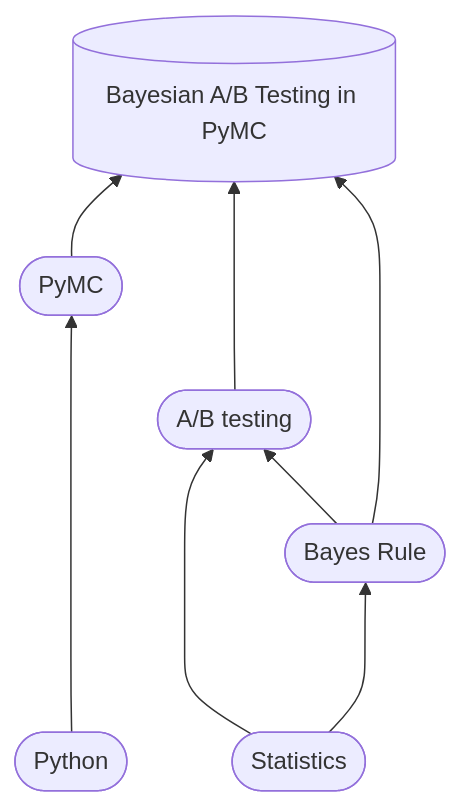
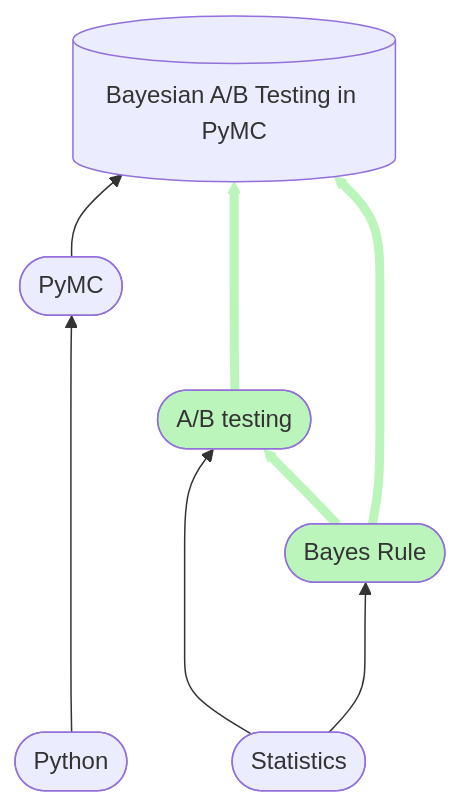
Before and after one commit to epfl-exts/WEF-workshop-2023: the first of 2 diagrams in Day1-04/slide.qmd, drawn with Mermaid. The commit also changed other lines of this file and 4 other files, not shown here.

````diff
--- a/Day1-04/slide.qmd
+++ b/Day1-04/slide.qmd
@@ -43,10 +43,22 @@
 ```{mermaid}
+
 flowchart BT
-  A([Python]) -----> E([PyMC])
-  B([Statistics]) ---> D([A/B testing]) 
-  B([Statistics]) ---> C([Bayes Rule]) 
-  C([Bayes Rule]) --> D([A/B testing])  
-  C([Bayes Rule]) ---> F[(Bayesian A/B Testing in PyMC)]
-  E([PyMC]) --> F[(Bayesian A/B Testing in PyMC)]
-  D([A/B testing])  ---> F[(Bayesian A/B Testing in PyMC)]
+    A([Python]) -----> E([PyMC])
+    B([Statistics])--->D([A/B testing]) 
+    B([Statistics]) ---> C([Bayes Rule]) 
+    C([Bayes Rule]) --> D([A/B testing])  
+    C([Bayes Rule]) ---> F[(Bayesian A/B Testing in PyMC)]
+    E([PyMC]) --> F[(Bayesian A/B Testing in PyMC)]
+    D([A/B testing])  ---> F[(Bayesian A/B Testing in PyMC)]
+    click A "https://github.com/epfl-exts/WEF-workshop-2023/tree/main/Day1-01"
+    click B "https://github.com/epfl-exts/WEF-workshop-2023/tree/main/Day1-02"
+    click C "https://github.com/epfl-exts/WEF-workshop-2023/tree/main/Day1-03"
+    click D "https://github.com/epfl-exts/WEF-workshop-2023/tree/main/Day1-04"
+    click E "https://github.com/epfl-exts/WEF-workshop-2023/tree/main/Day2-01"
+    click F "https://github.com/epfl-exts/WEF-workshop-2023/tree/main/Day2-01"
+    linkStyle 3,4,6 stroke:#bcf5bc,stroke-width:6px
+%%    style A fill:#bcf5bc
+%%    style B fill:#bcf5bc
+    style C fill:#bcf5bc
+    style D fill:#bcf5bc
 ```
````
